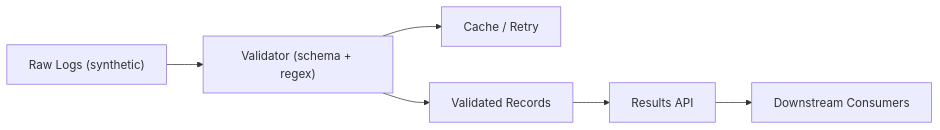
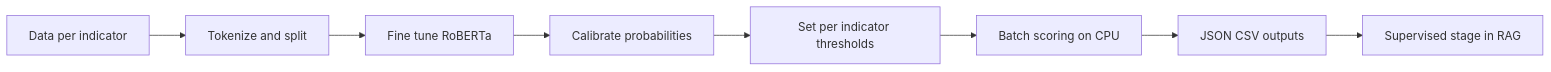
One commit to LuDanielPoyu/Compliance-Analysis-of-Corporate-Social-Responsibility-Reports changed the second of 3 diagrams in README.md. Above: the diagram before and after it, drawn with Mermaid. The commit also changed other lines of this file, not shown here.

````diff
--- a/README.md
+++ b/README.md
@@ -67,15 +63,10 @@
 ```mermaid
 flowchart LR
-  A["Raw Logs (synthetic)"]
-  B["Validator (schema + regex)"]
-  C["Cache / Retry"]
-  D["Validated Records"]
-  E["Results API"]
-  F["Downstream Consumers"]
-
-  A --> B
-  B --> C
-  B --> D
-  D --> E
-  E --> F
+  A[Data per indicator] --> B[Tokenize and split]
+  B --> C[Fine tune RoBERTa]
+  C --> D[Calibrate probabilities]
+  D --> E[Set per indicator thresholds]
+  E --> F[Batch scoring on CPU]
+  F --> G[JSON CSV outputs]
+  G --> H[Supervised stage in RAG]
 ```
````
